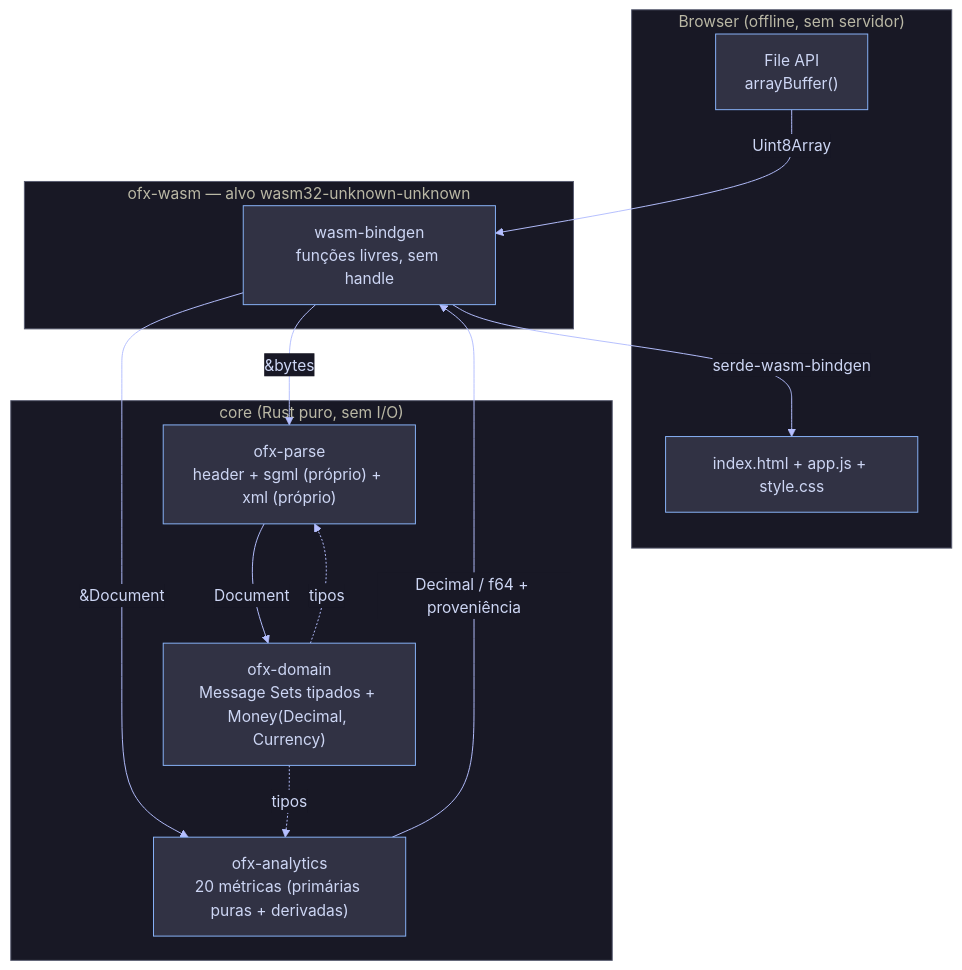
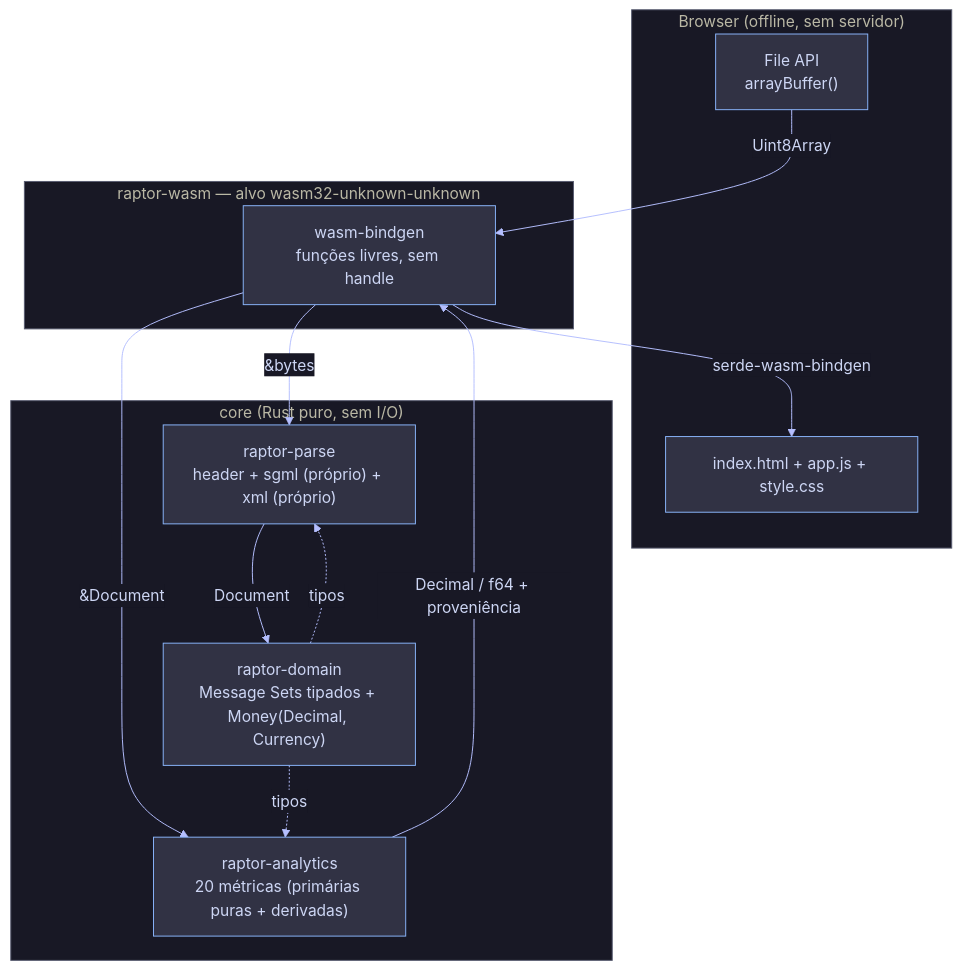
The first of 10 diagrams in docs/discovery-ofx-rust-wasm.md (fossio/raptor), drawn with Mermaid before and after one commit. The commit also changed other lines of this file and 19 other files, not shown here.

````diff
--- a/docs/discovery-ofx-rust-wasm.md
+++ b/docs/discovery-ofx-rust-wasm.md
@@ -61,27 +61,27 @@
 ```mermaid
 %%{init: {'theme':'base','themeVariables':{'background':'#1e1e2e','primaryColor':'#313244','primaryTextColor':'#cdd6f4','primaryBorderColor':'#89b4fa','lineColor':'#b4befe','secondaryColor':'#181825','tertiaryColor':'#45475a','clusterBkg':'#181825','clusterBorder':'#585b70','fontFamily':'monospace'}}}%%
 flowchart TB
     subgraph browser["Browser (offline, sem servidor)"]
         HTML["index.html + app.js + style.css"]
         FILE["File API<br/>arrayBuffer()"]
     end
 
-    subgraph wasmcrate["ofx-wasm — alvo wasm32-unknown-unknown"]
+    subgraph wasmcrate["raptor-wasm — alvo wasm32-unknown-unknown"]
         BIND["wasm-bindgen<br/>funções livres, sem handle"]
     end
 
     subgraph core["core (Rust puro, sem I/O)"]
-        PARSE["ofx-parse<br/>header + sgml (próprio) + xml (próprio)"]
-        DOMAIN["ofx-domain<br/>Message Sets tipados + Money(Decimal, Currency)"]
-        ANALYTICS["ofx-analytics<br/>20 métricas (primárias puras + derivadas)"]
+        PARSE["raptor-parse<br/>header + sgml (próprio) + xml (próprio)"]
+        DOMAIN["raptor-domain<br/>Message Sets tipados + Money(Decimal, Currency)"]
+        ANALYTICS["raptor-analytics<br/>20 métricas (primárias puras + derivadas)"]
     end
 
     FILE -->|Uint8Array| BIND
     BIND -->|&bytes| PARSE
     PARSE -->|Document| DOMAIN
     BIND -->|&Document| ANALYTICS
     ANALYTICS -->|Decimal / f64 + proveniência| BIND
     BIND -->|serde-wasm-bindgen| HTML
     DOMAIN -.tipos.-> PARSE
     DOMAIN -.tipos.-> ANALYTICS
 ```
````
